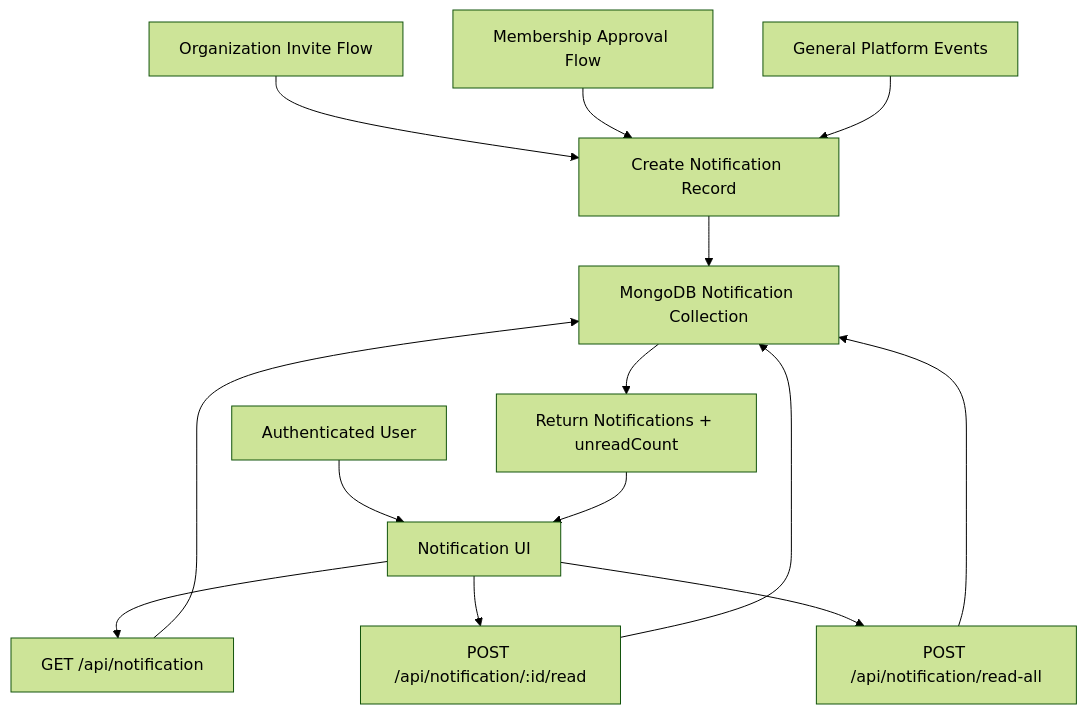
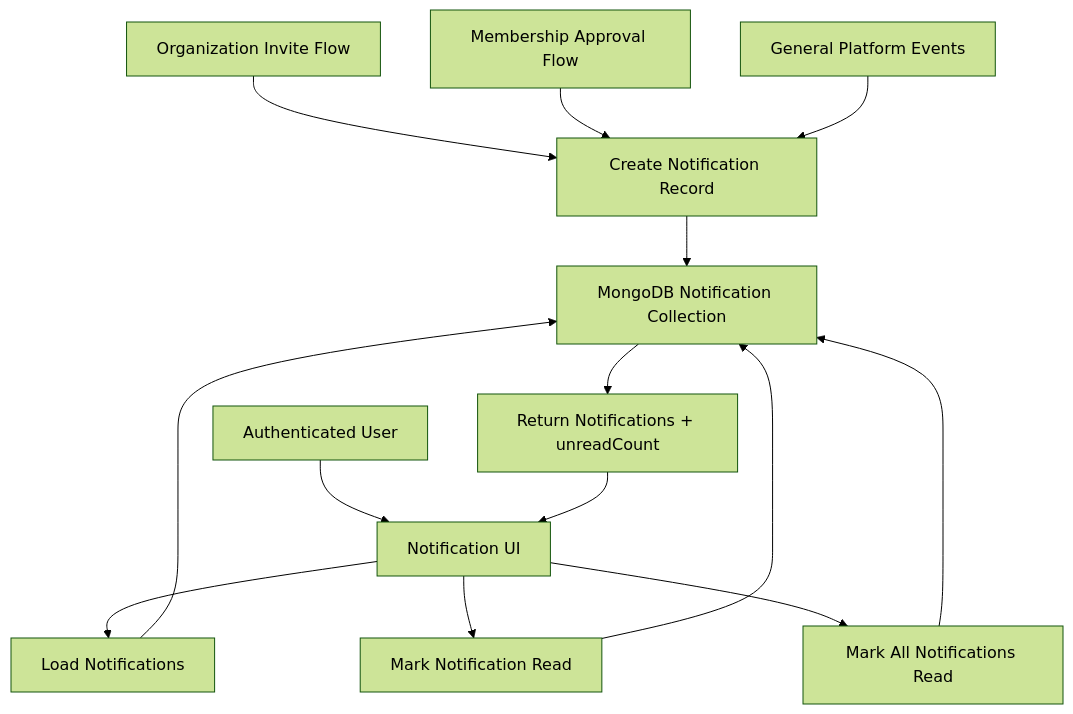
The ninth of 11 diagrams in README.md (samakshrastogi/SK-MediaFlow), drawn with Mermaid (forest theme) before and after one commit. The commit also changed other lines of this file, not shown here.

````diff
--- a/README.md
+++ b/README.md
@@ -352,19 +352,19 @@
 ```mermaid
 flowchart TD
     SRC1["Organization Invite Flow"] --> CREATE["Create Notification Record"]
     SRC2["Membership Approval Flow"] --> CREATE
     SRC3["General Platform Events"] --> CREATE
     CREATE --> DB["MongoDB Notification Collection"]
 
     U["Authenticated User"] --> NPAGE["Notification UI"]
-    NPAGE --> LOAD["GET /api/notification"]
+    NPAGE --> LOAD["Load Notifications"]
     LOAD --> DB
     DB --> LIST["Return Notifications + unreadCount"]
     LIST --> NPAGE
 
-    NPAGE --> READ1["POST /api/notification/:id/read"]
+    NPAGE --> READ1["Mark Notification Read"]
     READ1 --> DB
 
-    NPAGE --> READALL["POST /api/notification/read-all"]
+    NPAGE --> READALL["Mark All Notifications Read"]
     READALL --> DB
 ```
````
